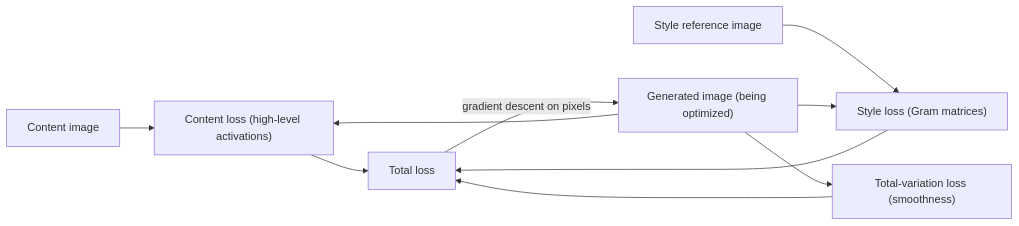
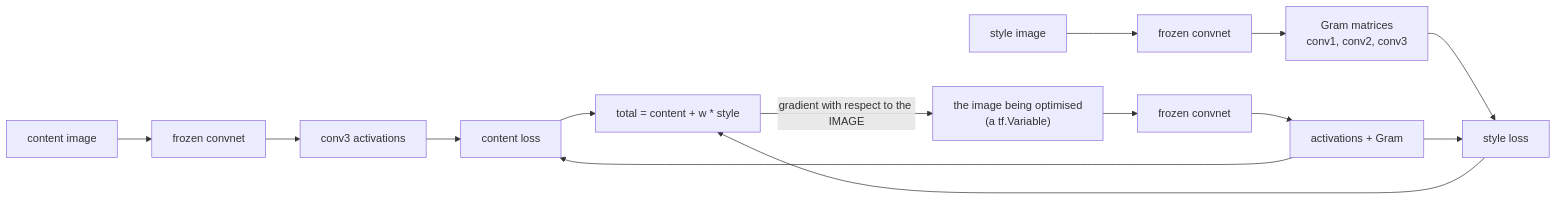
The diagram in src/content/docs/Deep Learning/Phase 06 - Generative Deep Learning/Neural Style Transfer.mdx (Ravikisha/PythonCentralHub), drawn with Mermaid before and after one commit. The commit also changed other lines of this file and 626 other files, not shown here.

````diff
--- a/src/content/docs/Deep Learning/Phase 06 - Generative Deep Learning/Neural Style Transfer.mdx
+++ b/src/content/docs/Deep Learning/Phase 06 - Generative Deep Learning/Neural Style Transfer.mdx
@@ -29,12 +92,16 @@
-```mermaid title="Combining content and style into one generated image" desc="Two source images are scored by the same losses against a generated image, which is optimized until it satisfies both."
+```mermaid
 flowchart LR
-  C["Content image"] --> CL["Content loss (high-level activations)"]
-  S["Style reference image"] --> SL["Style loss (Gram matrices)"]
-  G["Generated image (being optimized)"] --> CL
-  G --> SL
-  G --> TV["Total-variation loss (smoothness)"]
-  CL --> T["Total loss"]
-  SL --> T
-  TV --> T
-  T -->|"gradient descent on pixels"| G
+  C["content image"] --> E1["frozen convnet"]
+  S["style image"] --> E2["frozen convnet"]
+  X["the image being optimised<br/>(a tf.Variable)"] --> E3["frozen convnet"]
+  E1 --> CT["conv3 activations"]
+  E2 --> GT["Gram matrices<br/>conv1, conv2, conv3"]
+  E3 --> XA["activations + Gram"]
+  CT --> L1["content loss"]
+  GT --> L2["style loss"]
+  XA --> L1
+  XA --> L2
+  L1 --> T["total = content + w * style"]
+  L2 --> T
+  T -->|"gradient with respect to the IMAGE"| X
 ```
````
